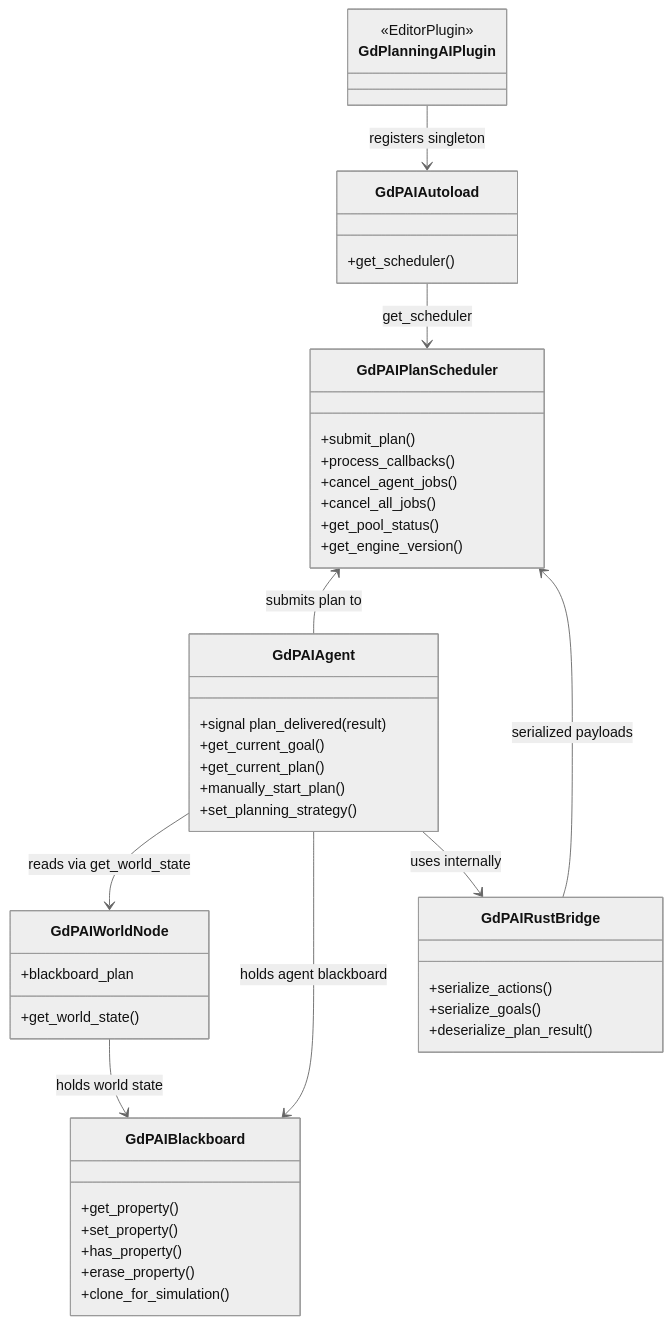
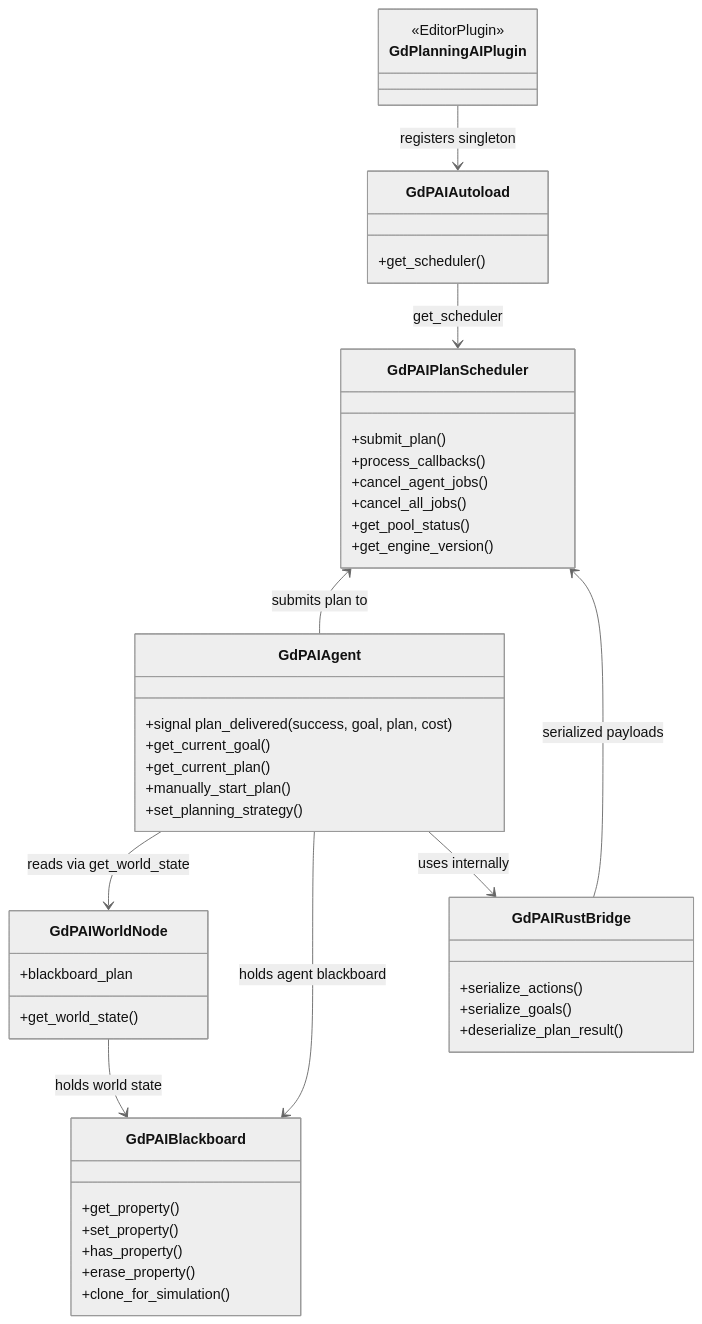
Before and after one commit to WahahaYes/GdPlanningAI: the second of 4 diagrams in docs/ARCHITECTURE.md, drawn with Mermaid (neutral theme). The commit also changed 7 other files, not shown here.

Commit message:
pass the goal, plan and cost with plan_delivered

````diff
--- a/docs/ARCHITECTURE.md
+++ b/docs/ARCHITECTURE.md
@@ -27,49 +27,49 @@
 ```mermaid
 classDiagram
     GdPAIPlanScheduler <-- GdPAIAgent : submits plan to
     GdPAIAgent --> GdPAIWorldNode : reads via get_world_state
     GdPAIWorldNode --> GdPAIBlackboard : holds world state
     GdPAIAgent --> GdPAIBlackboard : holds agent blackboard
     GdPAIAgent --> GdPAIRustBridge : uses internally
     GdPAIRustBridge --> GdPAIPlanScheduler : serialized payloads
     GdPAIAutoload --> GdPAIPlanScheduler : get_scheduler
     GdPlanningAIPlugin --> GdPAIAutoload : registers singleton
 
     class GdPAIAgent {
-        +signal plan_delivered(result)
+        +signal plan_delivered(success, goal, plan, cost)
         +get_current_goal()
         +get_current_plan()
         +manually_start_plan()
         +set_planning_strategy()
     }
     class GdPAIPlanScheduler {
         +submit_plan()
         +process_callbacks()
         +cancel_agent_jobs()
         +cancel_all_jobs()
         +get_pool_status()
         +get_engine_version()
     }
     class GdPAIWorldNode {
         +blackboard_plan
         +get_world_state()
     }
     class GdPAIBlackboard {
         +get_property()
         +set_property()
         +has_property()
         +erase_property()
         +clone_for_simulation()
     }
     class GdPAIRustBridge {
         +serialize_actions()
         +serialize_goals()
         +deserialize_plan_result()
     }
     class GdPAIAutoload {
         +get_scheduler()
     }
     class GdPlanningAIPlugin {
         <<EditorPlugin>>
     }
 ```
````
